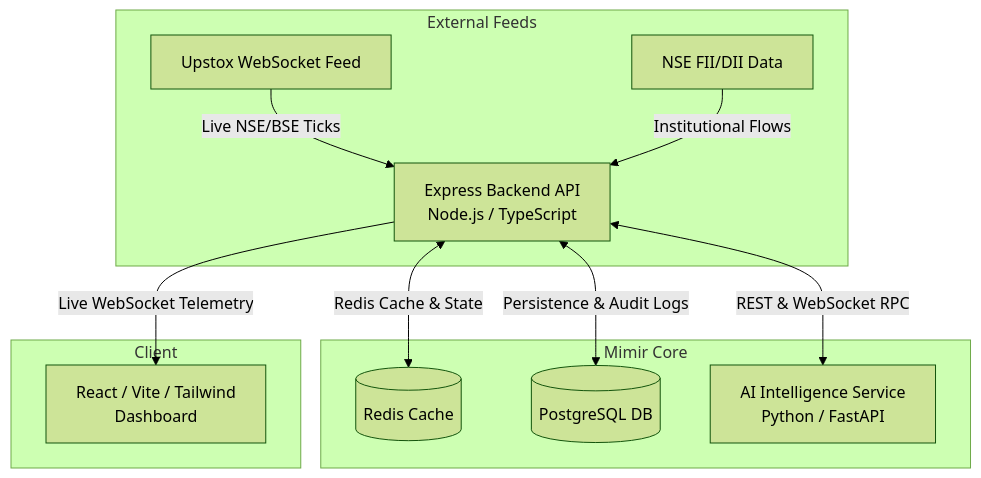
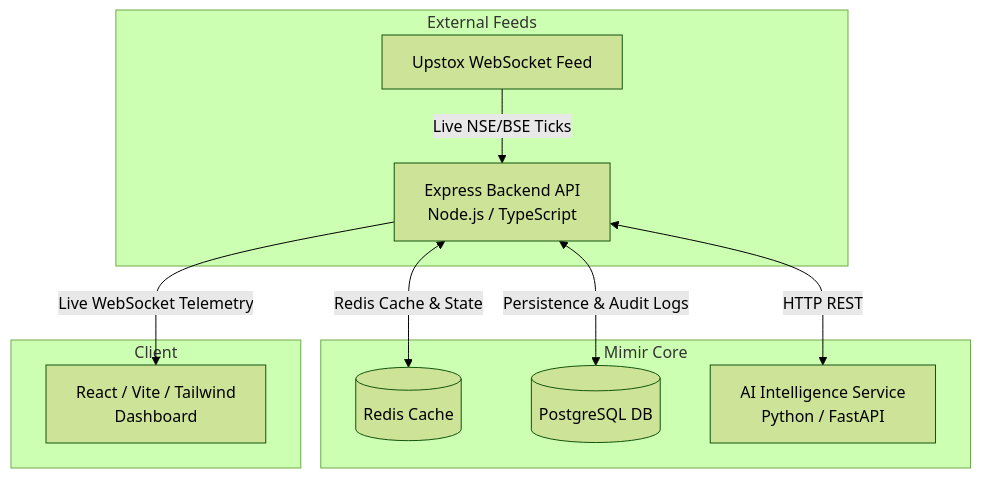
One commit to Scifi-ally/Mimir changed the diagram in README.md. Above: the diagram before and after it, drawn with Mermaid (forest theme). The commit also changed other lines of this file, not shown here.

Commit message:
docs: update README with truthful claims from audit phase 1

````diff
--- a/README.md
+++ b/README.md
@@ -67,17 +66,16 @@
 ```mermaid
 graph TD
     subgraph External Feeds
         U[Upstox WebSocket Feed] -->|Live NSE/BSE Ticks| B
-        F[NSE FII/DII Data] -->|Institutional Flows| B
     end
 
     subgraph Mimir Core
         B[Express Backend API<br/>Node.js / TypeScript] <-->|Redis Cache & State| R[(Redis Cache)]
         B <-->|Persistence & Audit Logs| P[(PostgreSQL DB)]
-        B <-->|REST & WebSocket RPC| A[AI Intelligence Service<br/>Python / FastAPI]
+        B <-->|HTTP REST| A[AI Intelligence Service<br/>Python / FastAPI]
     end
 
     subgraph Client
         B -->|Live WebSocket Telemetry| W[React / Vite / Tailwind<br/>Dashboard]
     end
 ```
````
